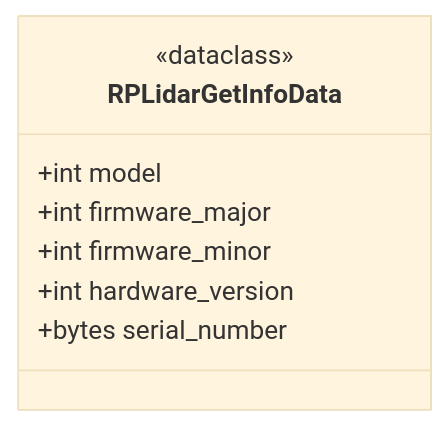
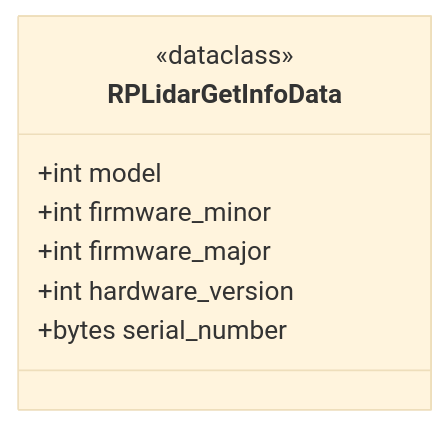
Before and after one commit to salas89jl/py-rtrpp: the fifth of 8 diagrams in docs/api/protocol.md, drawn with Mermaid (base theme). The commit also changed other lines of this file and 38 other files, not shown here.

````diff
--- a/docs/api/protocol.md
+++ b/docs/api/protocol.md
@@ -233,11 +263,11 @@
 ```mermaid
 classDiagram
     class RPLidarGetInfoData {
         <<dataclass>>
         +int model
+        +int firmware_minor
         +int firmware_major
-        +int firmware_minor
         +int hardware_version
         +bytes serial_number
     }
 ```
````
